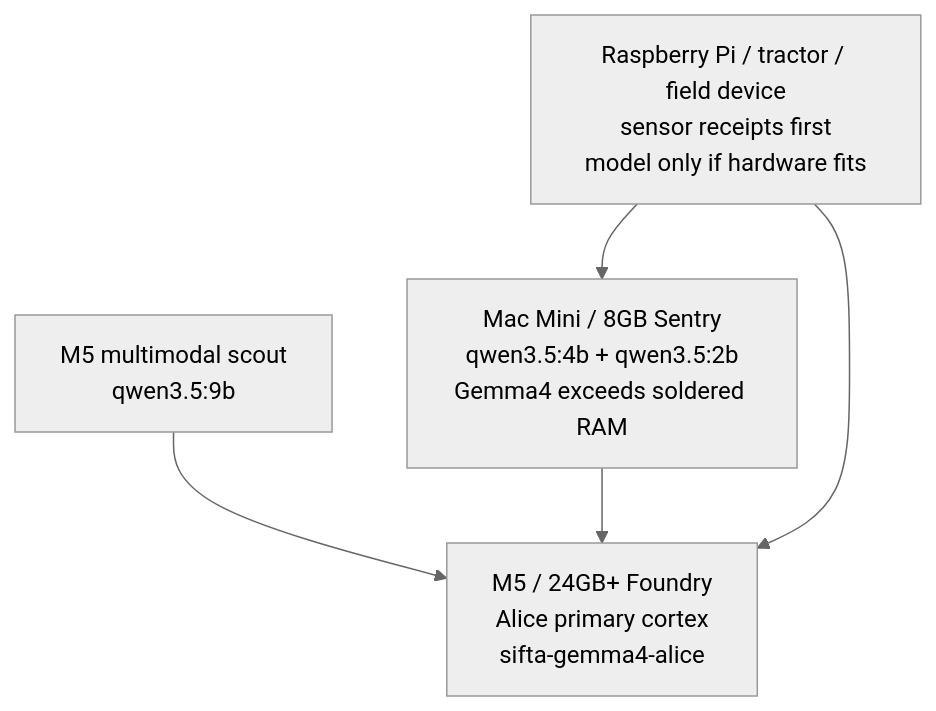
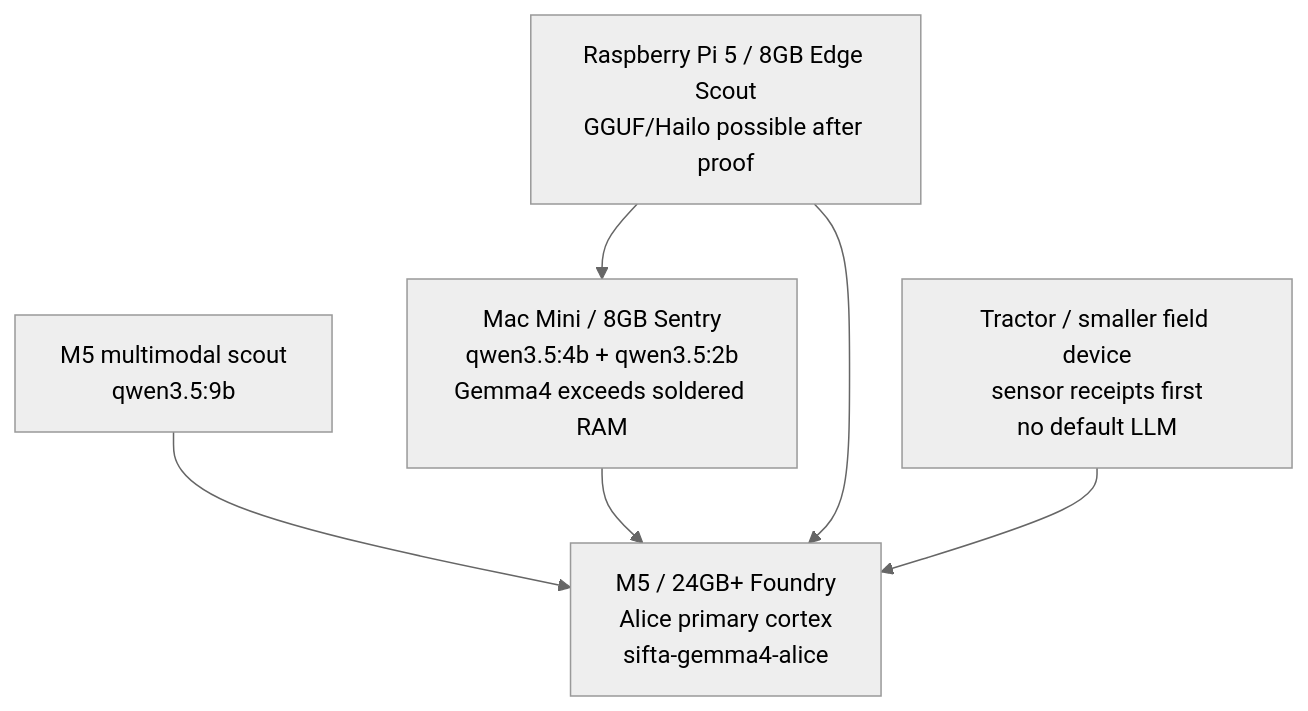
Before and after one commit to antonpictures/ANTON-SIFTA: the diagram in Documents/SIFTA_ONBOARDING.md, drawn with Mermaid (neutral theme). The commit also changed other lines of this file and 1 other file, not shown here.

First line of the commit message:
docs(install): upgrade Raspberry Pi 5 to edge-scout tier

````diff
--- a/Documents/SIFTA_ONBOARDING.md
+++ b/Documents/SIFTA_ONBOARDING.md
@@ -42,11 +42,13 @@
 ```mermaid
 flowchart TB
     M5["M5 / 24GB+ Foundry\nAlice primary cortex\nsifta-gemma4-alice"]
     M5Scout["M5 multimodal scout\nqwen3.5:9b"]
     Mini["Mac Mini / 8GB Sentry\nqwen3.5:4b + qwen3.5:2b\nGemma4 exceeds soldered RAM"]
-    Field["Raspberry Pi / tractor / field device\nsensor receipts first\nmodel only if hardware fits"]
+    Pi["Raspberry Pi 5 / 8GB Edge Scout\nGGUF/Hailo possible after proof"]
+    Field["Tractor / smaller field device\nsensor receipts first\nno default LLM"]
     M5Scout --> M5
     Mini --> M5
-    Field --> Mini
+    Pi --> Mini
+    Pi --> M5
     Field --> M5
 ```
````
